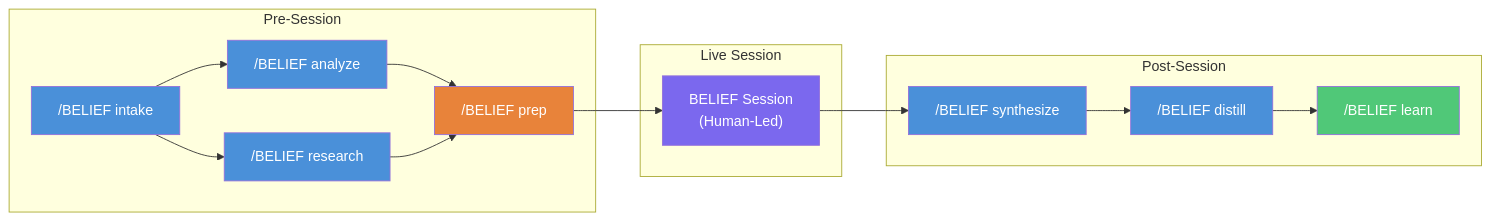
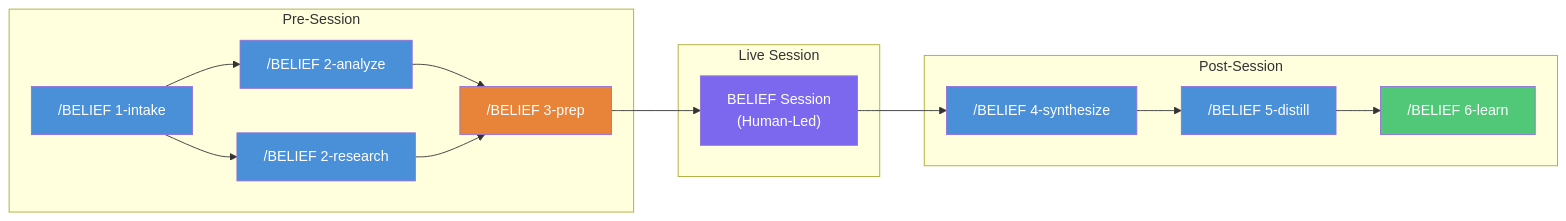
One commit to TheMikeFactoryMustGrow/belief-plugin changed the first of 4 diagrams in docs/BELIEF-FLOW.md. Above: the diagram before and after it, drawn with Mermaid. The commit also changed other lines of this file and 14 other files, not shown here.

````diff
--- a/docs/BELIEF-FLOW.md
+++ b/docs/BELIEF-FLOW.md
@@ -5,37 +5,37 @@
 ```mermaid
 flowchart LR
     subgraph PRE["Pre-Session"]
-        intake["/BELIEF intake"]
-        analyze["/BELIEF analyze"]
-        research["/BELIEF research"]
-        prep["/BELIEF prep"]
+        intake["/BELIEF 1-intake"]
+        analyze["/BELIEF 2-analyze"]
+        research["/BELIEF 2-research"]
+        prep["/BELIEF 3-prep"]
     end
 
     subgraph SESSION["Live Session"]
         live["BELIEF Session\n(Human-Led)"]
     end
 
     subgraph POST["Post-Session"]
-        synthesize["/BELIEF synthesize"]
-        distill["/BELIEF distill"]
-        learn["/BELIEF learn"]
+        synthesize["/BELIEF 4-synthesize"]
+        distill["/BELIEF 5-distill"]
+        learn["/BELIEF 6-learn"]
     end
 
     intake --> analyze
     intake --> research
     analyze --> prep
     research --> prep
     prep --> live
     live --> synthesize
     synthesize --> distill
     distill --> learn
 
     style intake fill:#4A90D9,color:#fff
     style analyze fill:#4A90D9,color:#fff
     style research fill:#4A90D9,color:#fff
     style prep fill:#E8833A,color:#fff
     style live fill:#7B68EE,color:#fff
     style synthesize fill:#4A90D9,color:#fff
     style distill fill:#4A90D9,color:#fff
     style learn fill:#50C878,color:#fff
 ```
````
